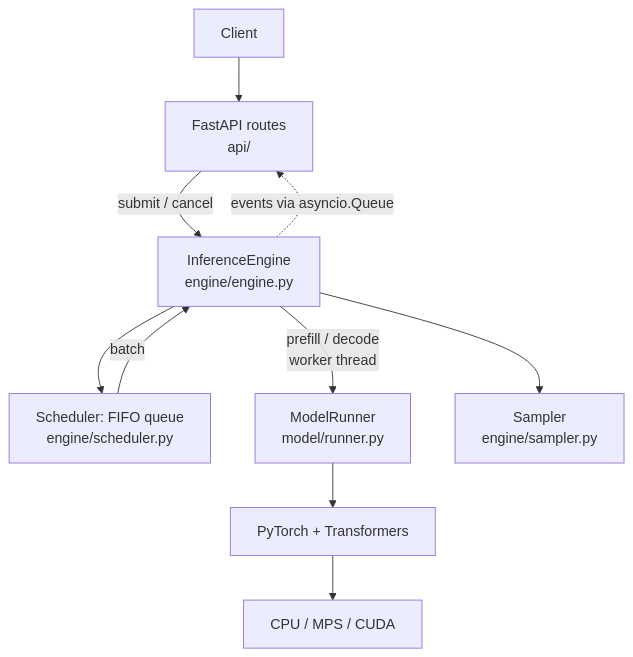
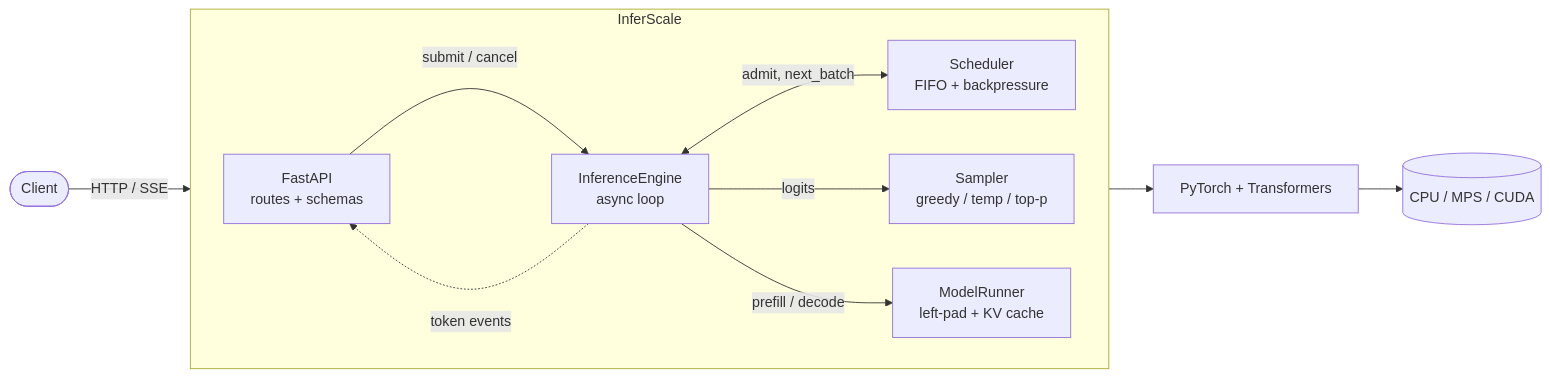
Before and after one commit to Husqvarnalox/InterScale: the diagram in README.md, drawn with Mermaid. The commit also changed other lines of this file and 1 other file, not shown here.

Commit message:
README: recruiter-first header, diagram, streaming recording

````diff
--- a/README.md
+++ b/README.md
@@ -47,12 +33,14 @@
 ```mermaid
-flowchart TD
-    C[Client] --> A[FastAPI routes<br/>api/]
-    A -->|submit / cancel| E[InferenceEngine<br/>engine/engine.py]
-    E --> Q[Scheduler: FIFO queue<br/>engine/scheduler.py]
-    Q -->|batch| E
-    E -->|prefill / decode<br/>worker thread| R[ModelRunner<br/>model/runner.py]
-    E --> S[Sampler<br/>engine/sampler.py]
-    R --> T[PyTorch + Transformers]
-    T --> D[CPU / MPS / CUDA]
-    E -.->|events via asyncio.Queue| A
+flowchart LR
+    C([Client]) -->|HTTP / SSE| API
+    subgraph InferScale
+        direction LR
+        API[FastAPI<br/>routes + schemas] -->|submit / cancel| ENG[InferenceEngine<br/>async loop]
+        ENG <-->|admit, next_batch| SCH[Scheduler<br/>FIFO + backpressure]
+        ENG -->|logits| SMP[Sampler<br/>greedy / temp / top-p]
+        ENG -->|prefill / decode| RUN[ModelRunner<br/>left-pad + KV cache]
+        ENG -.->|token events| API
+    end
+    RUN --> PT[PyTorch + Transformers]
+    PT --> DEV[(CPU / MPS / CUDA)]
 ```
````
